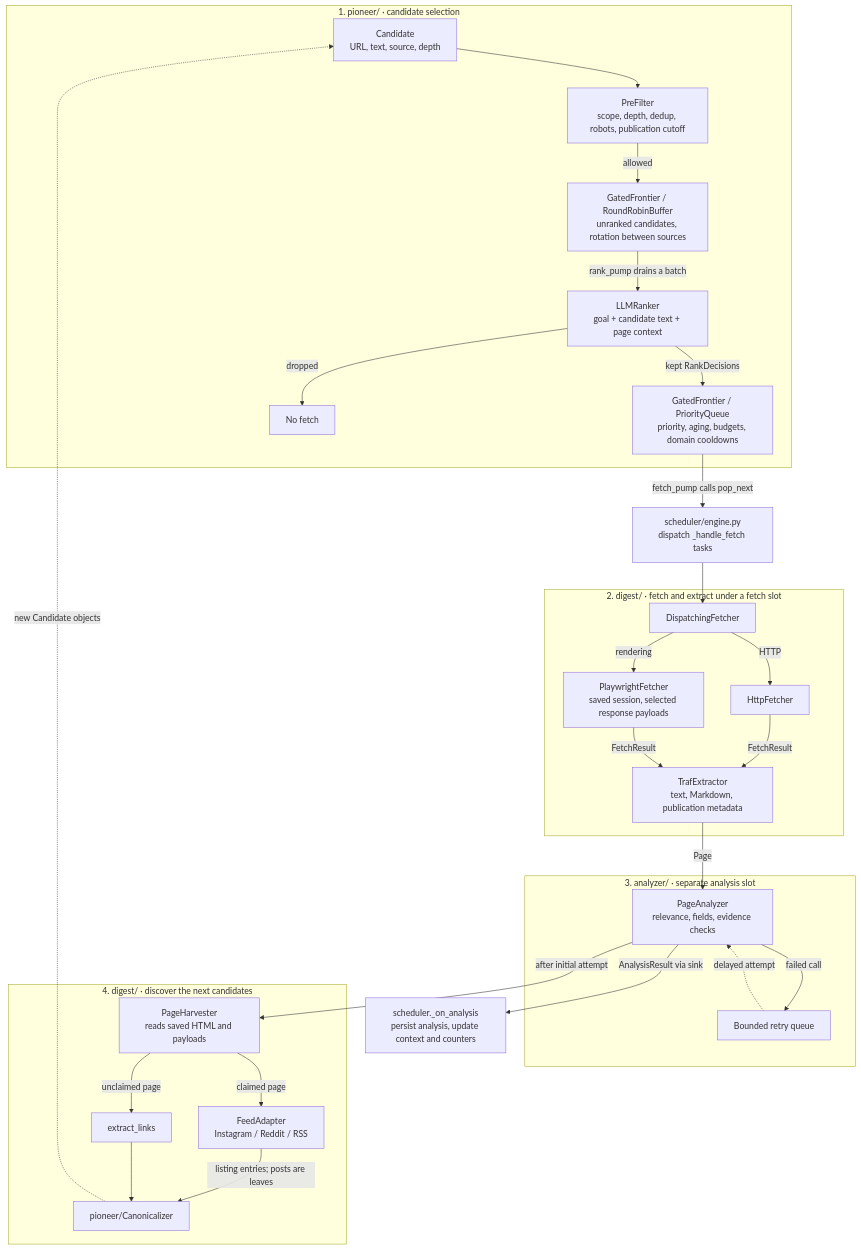
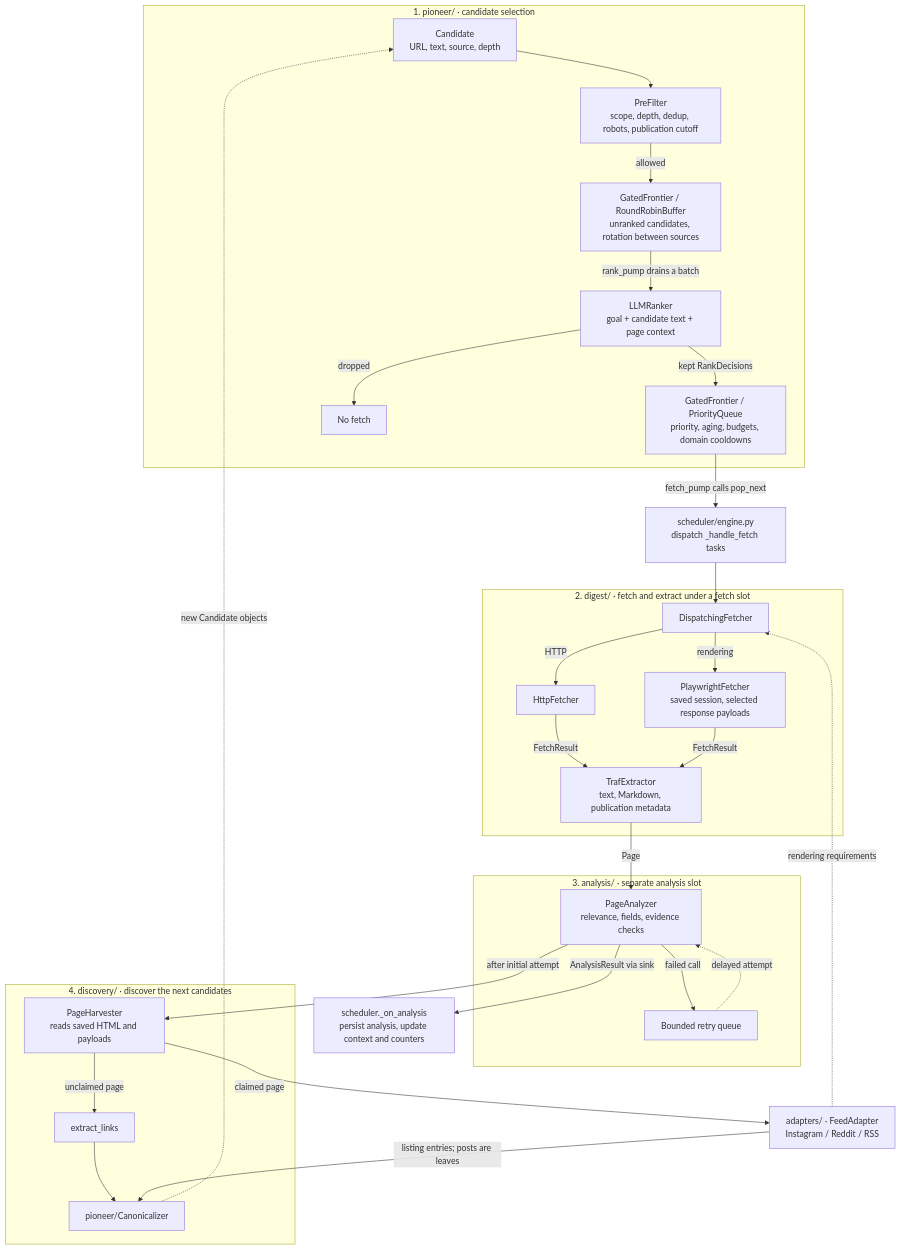
The first of 2 diagrams in docs/arch.md (shixuan/crawl-me-maybe), drawn with Mermaid before and after one commit. The commit also changed other lines of this file and 40 other files, not shown here.

Commit message:
refactor: separate analysis discovery and platform adapters

````diff
--- a/docs/arch.md
+++ b/docs/arch.md
@@ -8,38 +8,41 @@
 ```mermaid
 flowchart TB
     subgraph pioneer["1. pioneer/ · candidate selection"]
         candidates["Candidate<br>URL, text, source, depth"] --> filter["PreFilter<br>scope, depth, dedup, robots, publication cutoff"]
         filter -->|allowed| buffer["GatedFrontier / RoundRobinBuffer<br>unranked candidates, rotation between sources"]
         buffer -->|rank_pump drains a batch| ranker["LLMRanker<br>goal + candidate text + page context"]
         ranker -->|kept RankDecisions| queue["GatedFrontier / PriorityQueue<br>priority, aging, budgets, domain cooldowns"]
         ranker -->|dropped| dropped["No fetch"]
     end
 
     queue -->|fetch_pump calls pop_next| dispatch["scheduler/engine.py<br>dispatch _handle_fetch tasks"]
 
     subgraph digest["2. digest/ · fetch and extract under a fetch slot"]
         fetcher[DispatchingFetcher] -->|HTTP| http[HttpFetcher]
         fetcher -->|rendering| browser["PlaywrightFetcher<br>saved session, selected response payloads"]
         http -->|FetchResult| extractor["TrafExtractor<br>text, Markdown, publication metadata"]
         browser -->|FetchResult| extractor
     end
     dispatch --> fetcher
 
-    subgraph analysis["3. analyzer/ · separate analysis slot"]
+    subgraph analysis["3. analysis/ · separate analysis slot"]
         analyzer["PageAnalyzer<br>relevance, fields, evidence checks"]
         analyzer -->|failed call| retry["Bounded retry queue"]
         retry -. delayed attempt .-> analyzer
     end
     extractor -->|Page| analyzer
     analyzer -->|AnalysisResult via sink| sink["scheduler._on_analysis<br>persist analysis, update context and counters"]
 
-    subgraph discovery["4. digest/ · discover the next candidates"]
+    subgraph discovery["4. discovery/ · discover the next candidates"]
         harvest["PageHarvester<br>reads saved HTML and payloads"]
-        harvest -->|claimed page| adapters["FeedAdapter<br>Instagram / Reddit / RSS"]
         harvest -->|unclaimed page| links[extract_links]
-        adapters -->|listing entries; posts are leaves| canonical["pioneer/Canonicalizer"]
+        canonical["pioneer/Canonicalizer"]
         links --> canonical
     end
+    adapters["adapters/ · FeedAdapter<br>Instagram / Reddit / RSS"]
+    harvest -->|claimed page| adapters
+    adapters -->|listing entries; posts are leaves| canonical
+    adapters -. rendering requirements .-> fetcher
     analyzer -->|after initial attempt| harvest
     canonical -. new Candidate objects .-> candidates
 ```
````
